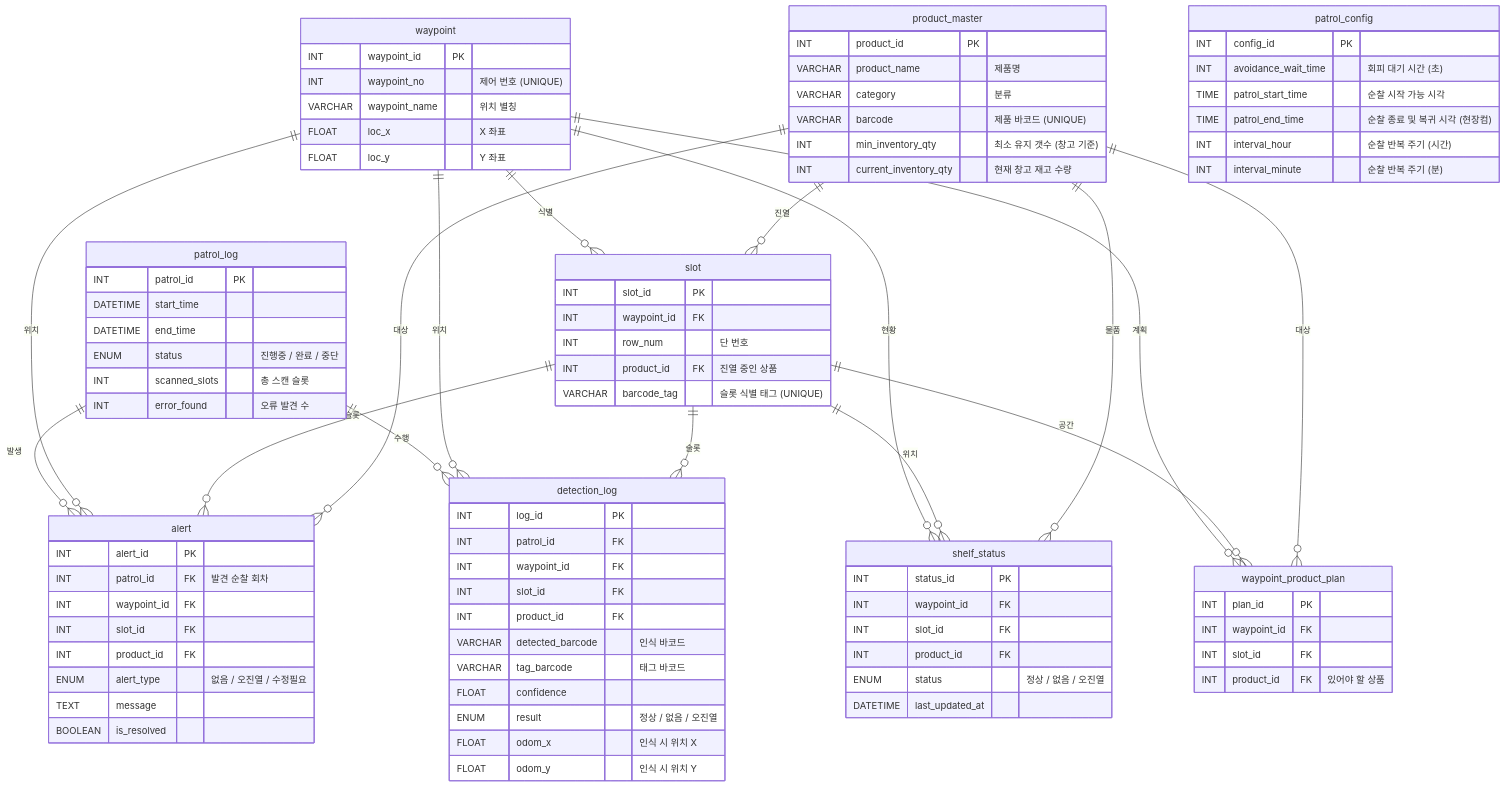
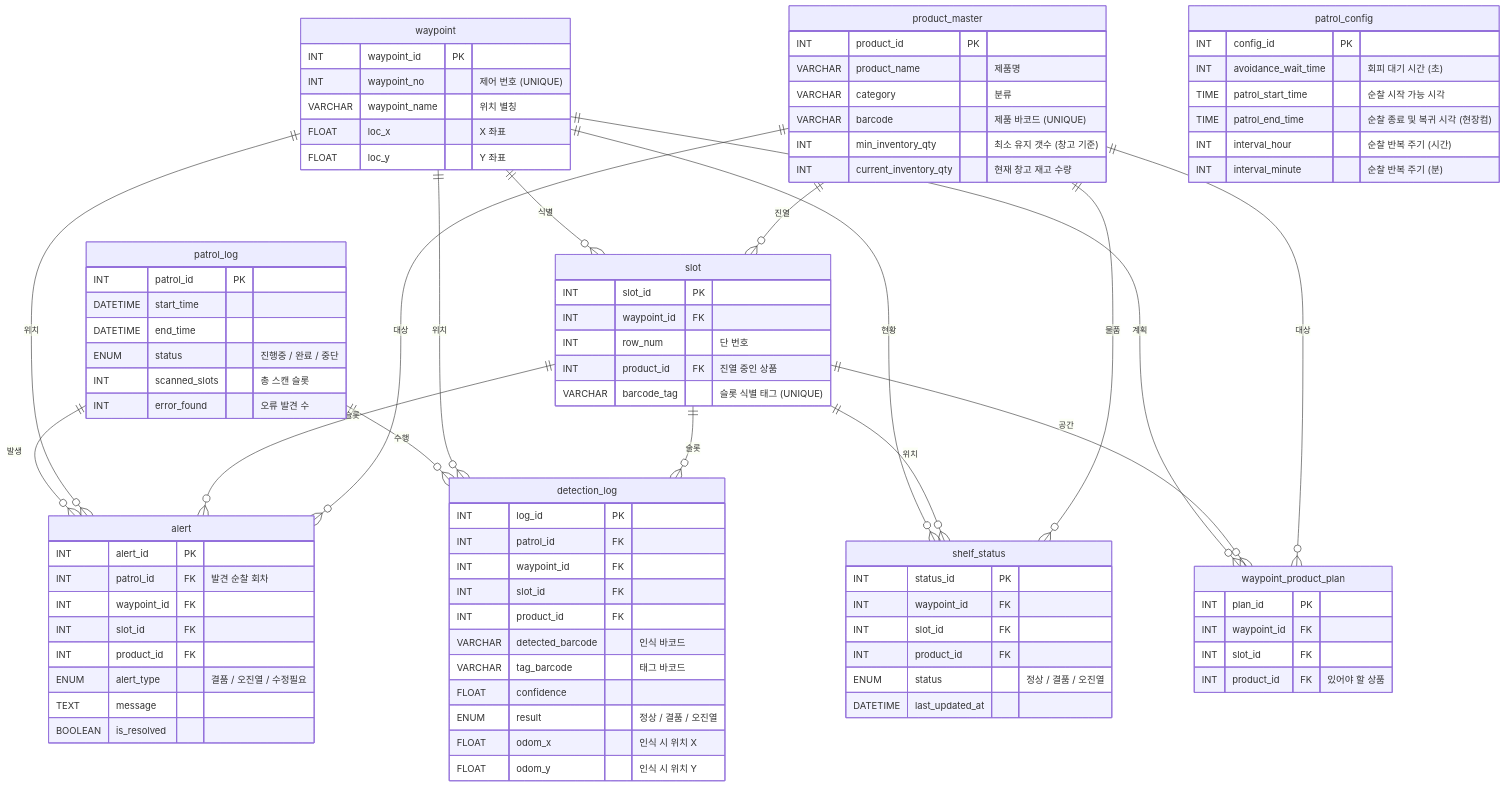
Before and after one commit to Hoon0185/AI_Robot_Final_Project202603: the diagram in db-server/doc/erd.md, drawn with Mermaid. The commit also changed other lines of this file and 5 other files, not shown here.

```diff
--- a/db-server/doc/erd.md
+++ b/db-server/doc/erd.md
@@ -85,7 +83,7 @@
         INT waypoint_id FK
         INT slot_id FK
         INT product_id FK
-        ENUM status "정상 / 없음 / 오진열"
+        ENUM status "정상 / 결품 / 오진열"
         DATETIME last_updated_at
     }
 
@@ -107,7 +105,7 @@
         VARCHAR detected_barcode "인식 바코드"
         VARCHAR tag_barcode "태그 바코드"
         FLOAT confidence
-        ENUM result "정상 / 없음 / 오진열"
+        ENUM result "정상 / 결품 / 오진열"
         FLOAT odom_x "인식 시 위치 X"
         FLOAT odom_y "인식 시 위치 Y"
     }
@@ -118,7 +116,7 @@
         INT waypoint_id FK
         INT slot_id FK
         INT product_id FK
-        ENUM alert_type "없음 / 오진열 / 수정필요"
+        ENUM alert_type "결품 / 오진열 / 수정필요"
         TEXT message
         BOOLEAN is_resolved
     }
```
